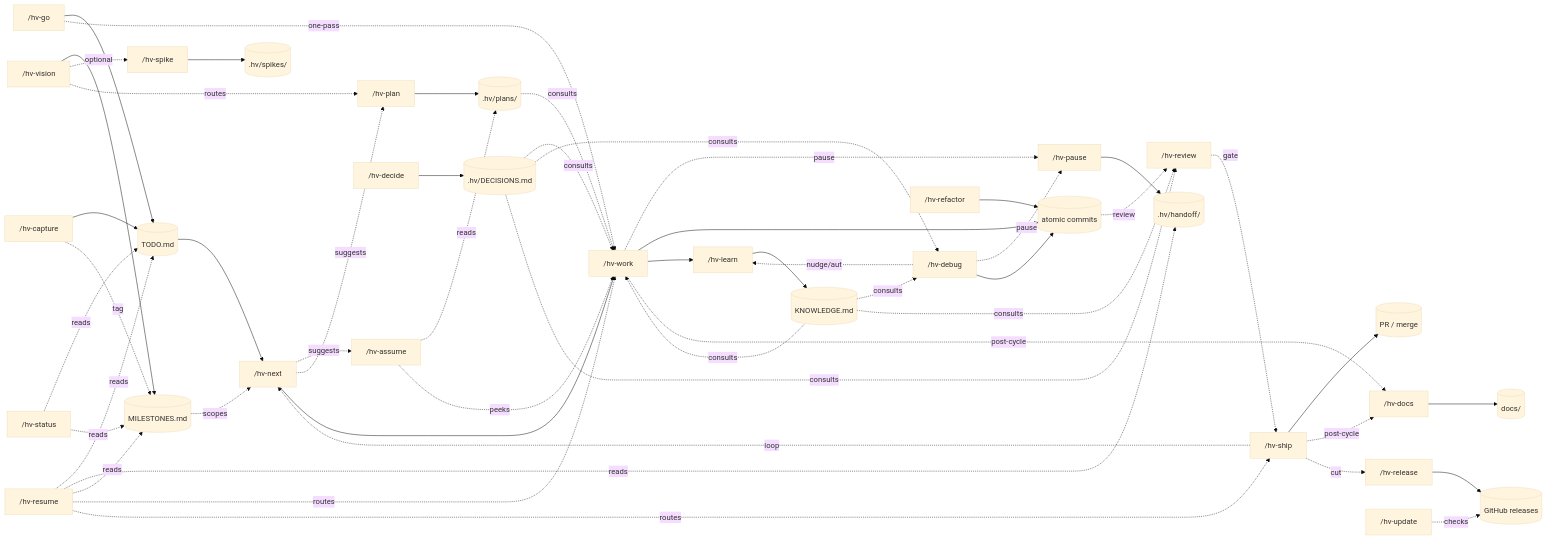
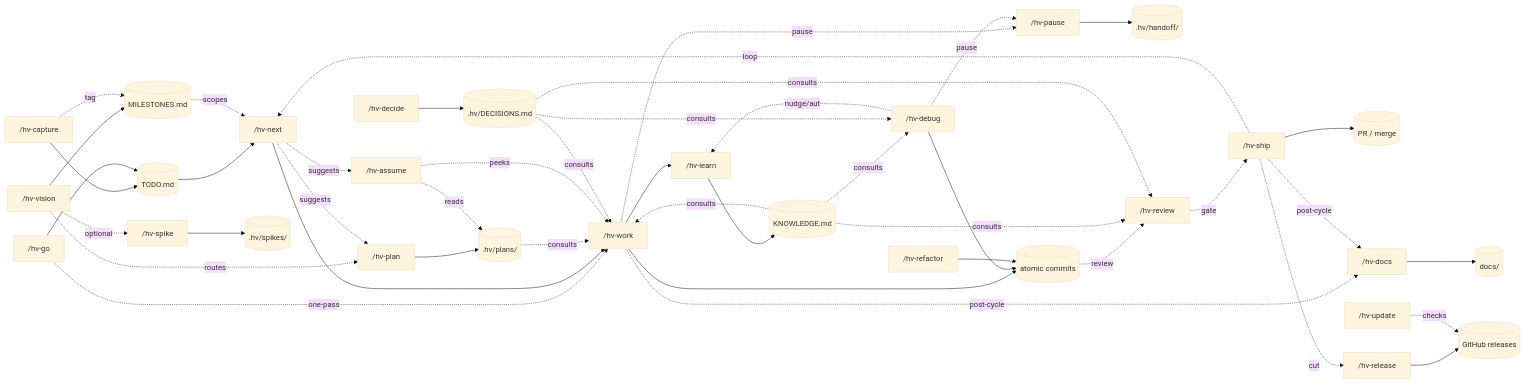
Before and after one commit to l4ci/hv-skills: the diagram in README.md, drawn with Mermaid (base theme). The commit also changed other lines of this file and 1 other file, not shown here.

Commit message:
docs(readme): drop /hv-status, /hv-resume; route handoff prose at /hv-next [F26]

````diff
--- a/README.md
+++ b/README.md
@@ -180,53 +178,46 @@
 ```mermaid
 flowchart LR
   VISION["/hv-vision"] --> MILES[(MILESTONES.md)]
   VISION -.optional.-> SPIKE["/hv-spike"]
   VISION -.routes.-> PLAN["/hv-plan"]
   CAP["/hv-capture"] --> TODO[(TODO.md)]
   CAP -.tag.-> MILES
   GO["/hv-go"] --> TODO
   GO -.one-pass.-> WORK
   TODO --> NEXT["/hv-next"]
   MILES -.scopes.-> NEXT
   NEXT -.suggests.-> ASSUME["/hv-assume"]
   NEXT -.suggests.-> PLAN
   NEXT --> WORK["/hv-work"]
-  STATUS["/hv-status"] -.reads.-> TODO
-  STATUS -.reads.-> MILES
   PLAN --> PLANS[(.hv/plans/)]
   PLANS -.consults.-> WORK
   ASSUME -.reads.-> PLANS
   ASSUME -.peeks.-> WORK
   SPIKE --> SPIKES[(.hv/spikes/)]
   WORK -.pause.-> PAUSE["/hv-pause"]
   DEBUG -.pause.-> PAUSE
   PAUSE --> HANDOFF[(.hv/handoff/)]
-  RESUME["/hv-resume"] -.reads.-> TODO
-  RESUME -.reads.-> HANDOFF
-  RESUME -.reads.-> MILES
-  RESUME -.routes.-> WORK
-  RESUME -.routes.-> SHIP
   WORK --> COMMIT[(atomic commits)]
   DEBUG["/hv-debug"] --> COMMIT
   REFACTOR["/hv-refactor"] --> COMMIT
   COMMIT -.review.-> REVIEW["/hv-review"]
   REVIEW -.gate.-> SHIP["/hv-ship"]
   SHIP --> PR[(PR / merge)]
   WORK --> LEARN["/hv-learn"]
   DEBUG -.nudge/auto.-> LEARN
   SHIP -.loop.-> NEXT
   LEARN --> KNOW[(KNOWLEDGE.md)]
   KNOW -.consults.-> WORK
   KNOW -.consults.-> DEBUG
   KNOW -.consults.-> REVIEW
   DECIDE["/hv-decide"] --> DECISIONS[(.hv/DECISIONS.md)]
   DECISIONS -.consults.-> WORK
   DECISIONS -.consults.-> DEBUG
   DECISIONS -.consults.-> REVIEW
   WORK -.post-cycle.-> DOCS["/hv-docs"]
   SHIP -.post-cycle.-> DOCS
   DOCS --> USERDOCS[(docs/)]
   SHIP -.cut.-> RELEASE["/hv-release"]
   RELEASE --> RELEASES[(GitHub releases)]
   UPDATE["/hv-update"] -.checks.-> RELEASES
 ```
````
